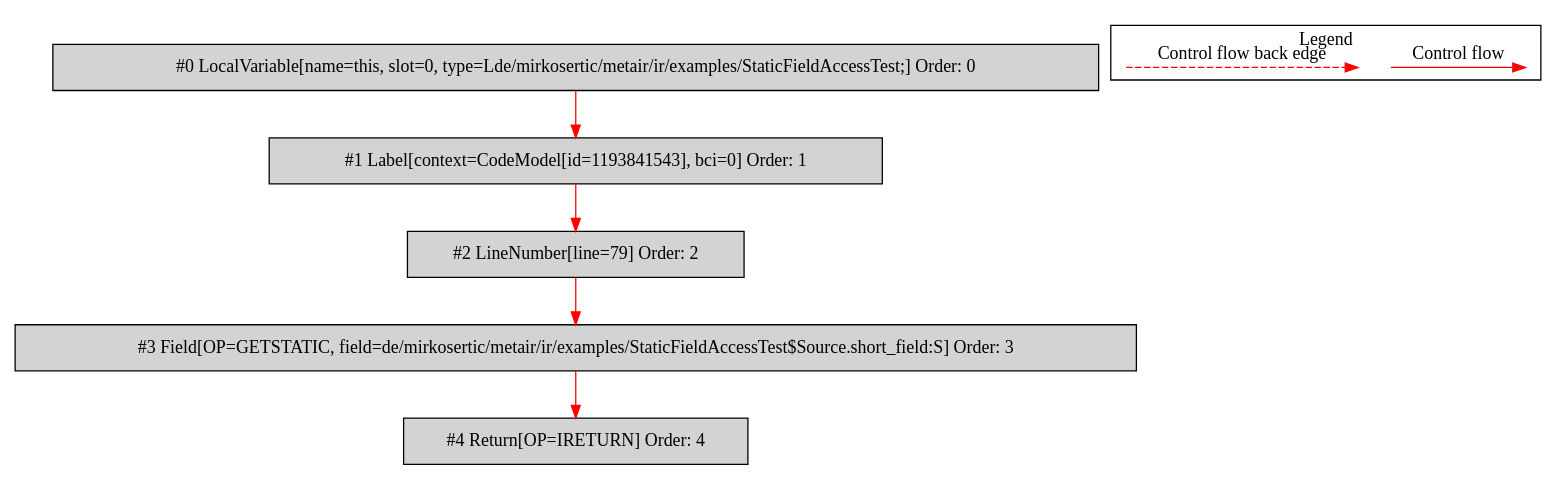
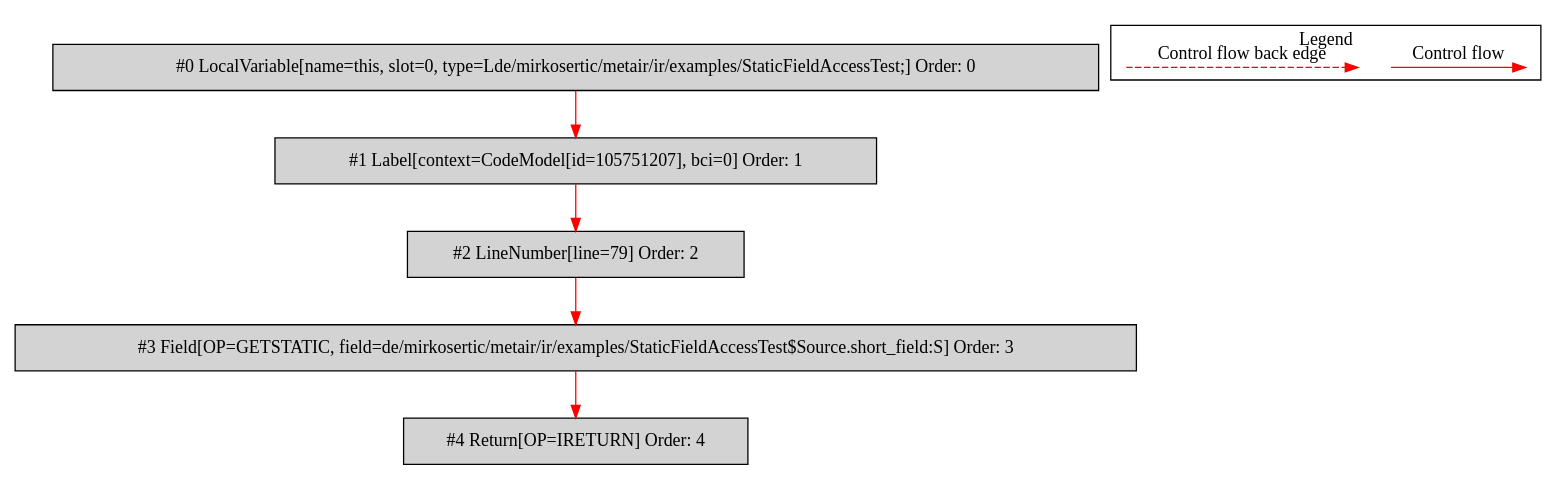
One commit to mirkosertic/MetaIR changed the diagram in de.mirkosertic.metair.ir.examples.StaticFieldAccessTest/return_short/bytecodecfg.dot. Above: the diagram before and after it, drawn with Graphviz. The commit also changed 1282 other files, not shown here.

```diff
--- a/de.mirkosertic.metair.ir.examples.StaticFieldAccessTest/return_short/bytecodecfg.dot
+++ b/de.mirkosertic.metair.ir.examples.StaticFieldAccessTest/return_short/bytecodecfg.dot
@@ -1,26 +1,26 @@
 digraph {
  ordering="in";
  node0[label="#0 LocalVariable[name=this, slot=0, type=Lde/mirkosertic/metair/ir/examples/StaticFieldAccessTest;] Order: 0", shape=box, fillcolor=lightgrey, style=filled];
- node1[label="#1 Label[context=CodeModel[id=1193841543], bci=0] Order: 1", shape=box, fillcolor=lightgrey, style=filled];
+ node1[label="#1 Label[context=CodeModel[id=105751207], bci=0] Order: 1", shape=box, fillcolor=lightgrey, style=filled];
  node2[label="#2 LineNumber[line=79] Order: 2", shape=box, fillcolor=lightgrey, style=filled];
  node3[label="#3 Field[OP=GETSTATIC, field=de/mirkosertic/metair/ir/examples/StaticFieldAccessTest$Source.short_field:S] Order: 3", shape=box, fillcolor=lightgrey, style=filled];
  node4[label="#4 Return[OP=IRETURN] Order: 4", shape=box, fillcolor=lightgrey, style=filled];
  node0 -> node1[color=red];
  node1 -> node2[color=red];
  node2 -> node3[color=red];
  node3 -> node4[color=red];
  subgraph cluster_000 {
   label = "Legend";
   node [shape=point]
   {
    rank=same;
    c0 [style = invis];
    c1 [style = invis];
    c2 [style = invis];
    c3 [style = invis];
   }
   c0 -> c1 [label="Control flow", style=solid, color=red]
   c2 -> c3 [label="Control flow back edge", style=dashed, color=red]
  }
 
 }
```
